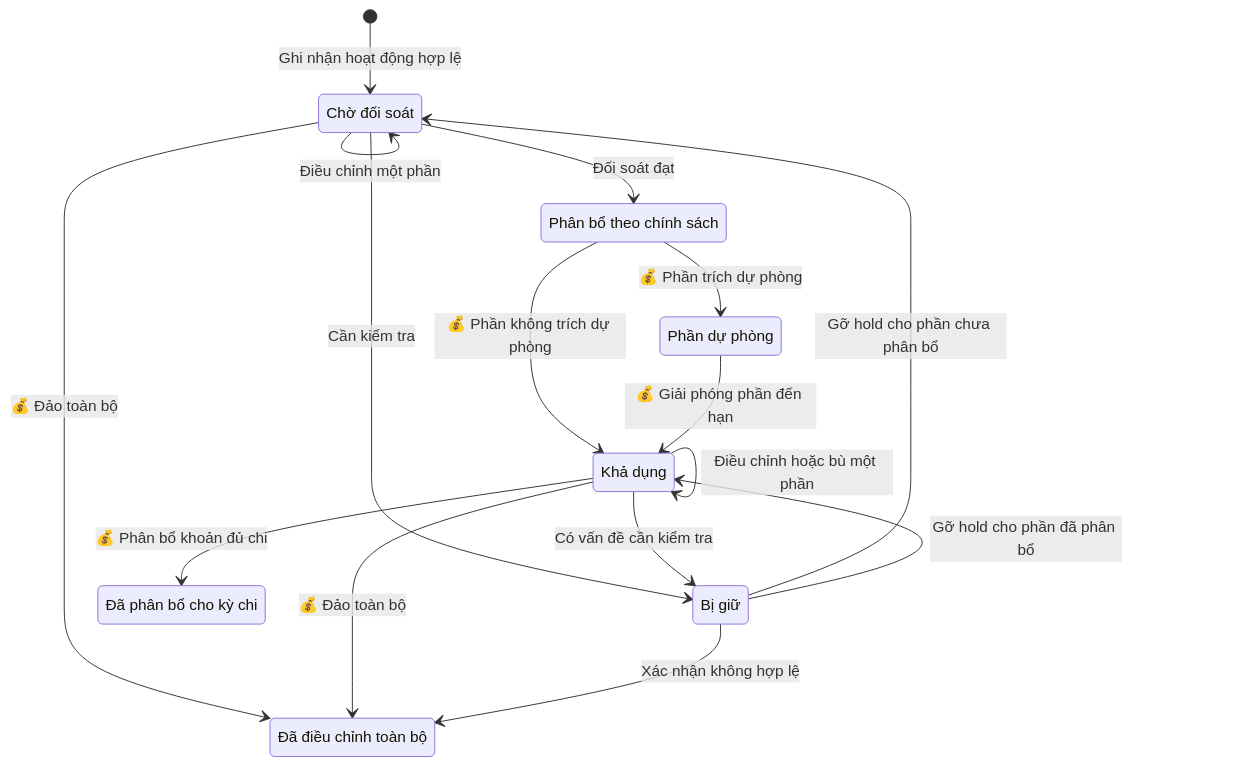
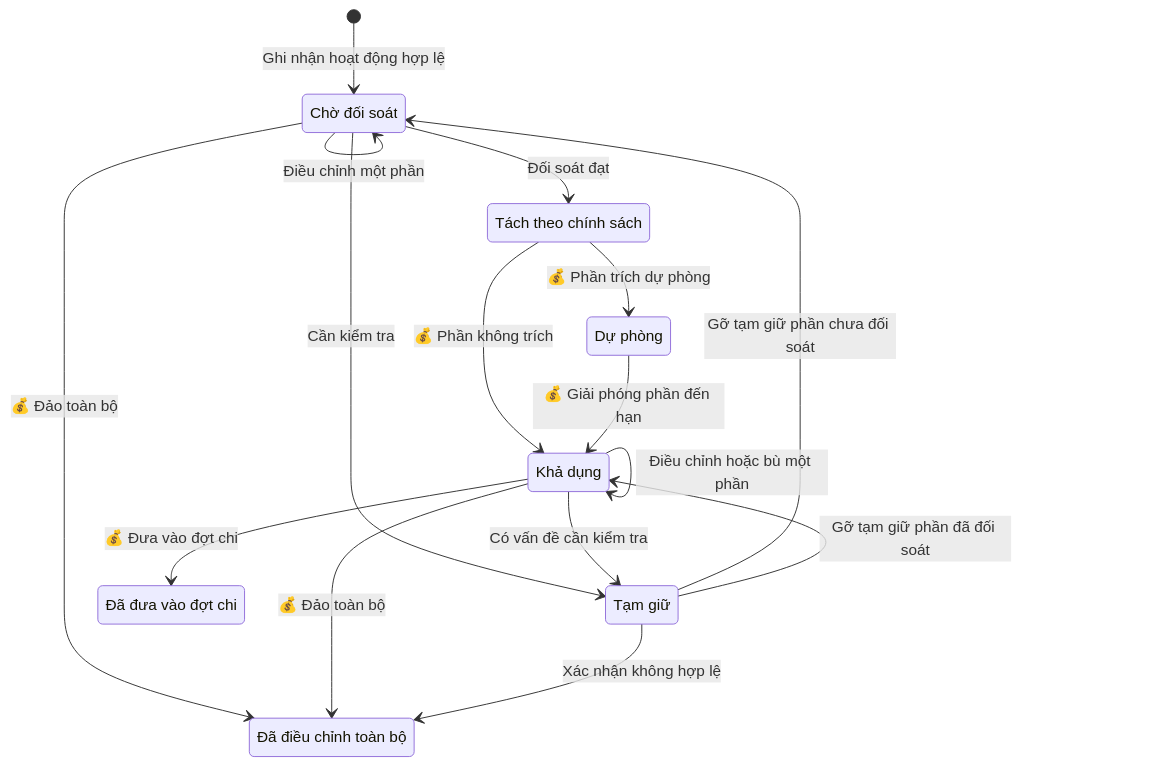
Before and after one commit to vlink-group/VlinkPay: the fifth of 9 diagrams in nexora/docs/business/business-oneqr-earnings.md, drawn with Mermaid. The commit also changed other lines of this file, not shown here.

Commit message:
Make the content flow more smoothly

````diff
--- a/nexora/docs/business/business-oneqr-earnings.md
+++ b/nexora/docs/business/business-oneqr-earnings.md
@@ -292,25 +305,25 @@
 ```mermaid
 stateDiagram-v2
     state "Chờ đối soát" as Pending
-    state "Phân bổ theo chính sách" as Allocation
-    state "Phần dự phòng" as ReservedPart
+    state "Tách theo chính sách" as Allocation
+    state "Dự phòng" as ReservedPart
     state "Khả dụng" as Available
-    state "Bị giữ" as Held
-    state "Đã phân bổ cho kỳ chi" as Allocated
+    state "Tạm giữ" as Held
+    state "Đã đưa vào đợt chi" as Allocated
     state "Đã điều chỉnh toàn bộ" as Reversed
     [*] --> Pending : Ghi nhận hoạt động hợp lệ
     Pending --> Allocation : Đối soát đạt
-    Allocation --> Available : 💰 Phần không trích dự phòng
+    Allocation --> Available : 💰 Phần không trích
     Allocation --> ReservedPart : 💰 Phần trích dự phòng
     Pending --> Held : Cần kiểm tra
     Available --> Held : Có vấn đề cần kiểm tra
-    Held --> Pending : Gỡ hold cho phần chưa phân bổ
-    Held --> Available : Gỡ hold cho phần đã phân bổ
+    Held --> Pending : Gỡ tạm giữ phần chưa đối soát
+    Held --> Available : Gỡ tạm giữ phần đã đối soát
     ReservedPart --> Available : 💰 Giải phóng phần đến hạn
     Pending --> Reversed : 💰 Đảo toàn bộ
     Available --> Reversed : 💰 Đảo toàn bộ
     Held --> Reversed : Xác nhận không hợp lệ
     Pending --> Pending : Điều chỉnh một phần
     Available --> Available : Điều chỉnh hoặc bù một phần
-    Available --> Allocated : 💰 Phân bổ khoản đủ chi
+    Available --> Allocated : 💰 Đưa vào đợt chi
 ```
````
